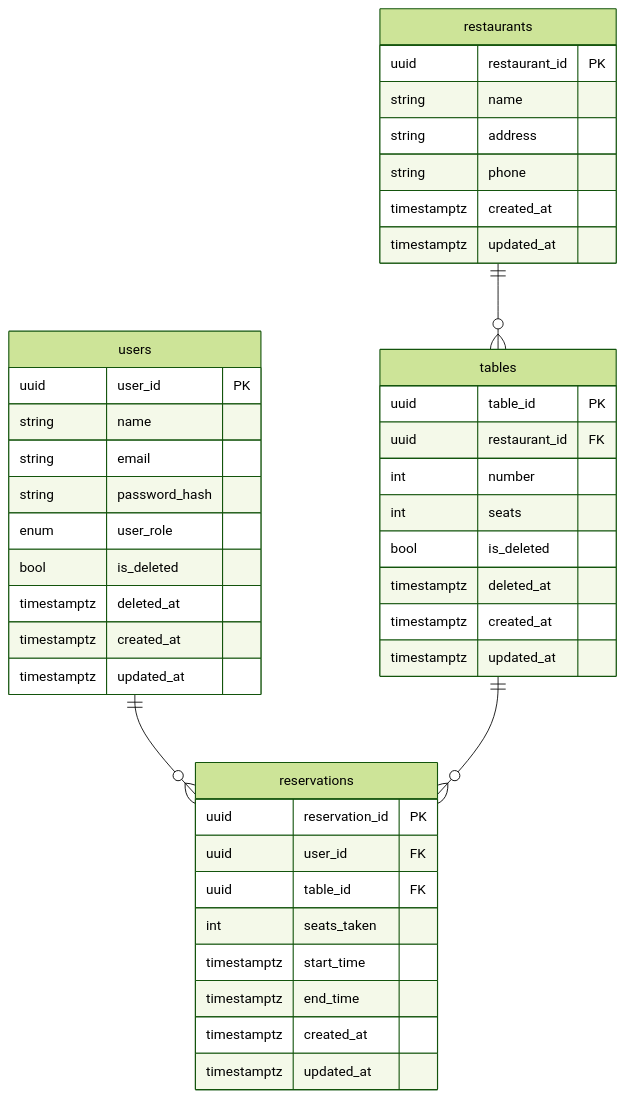
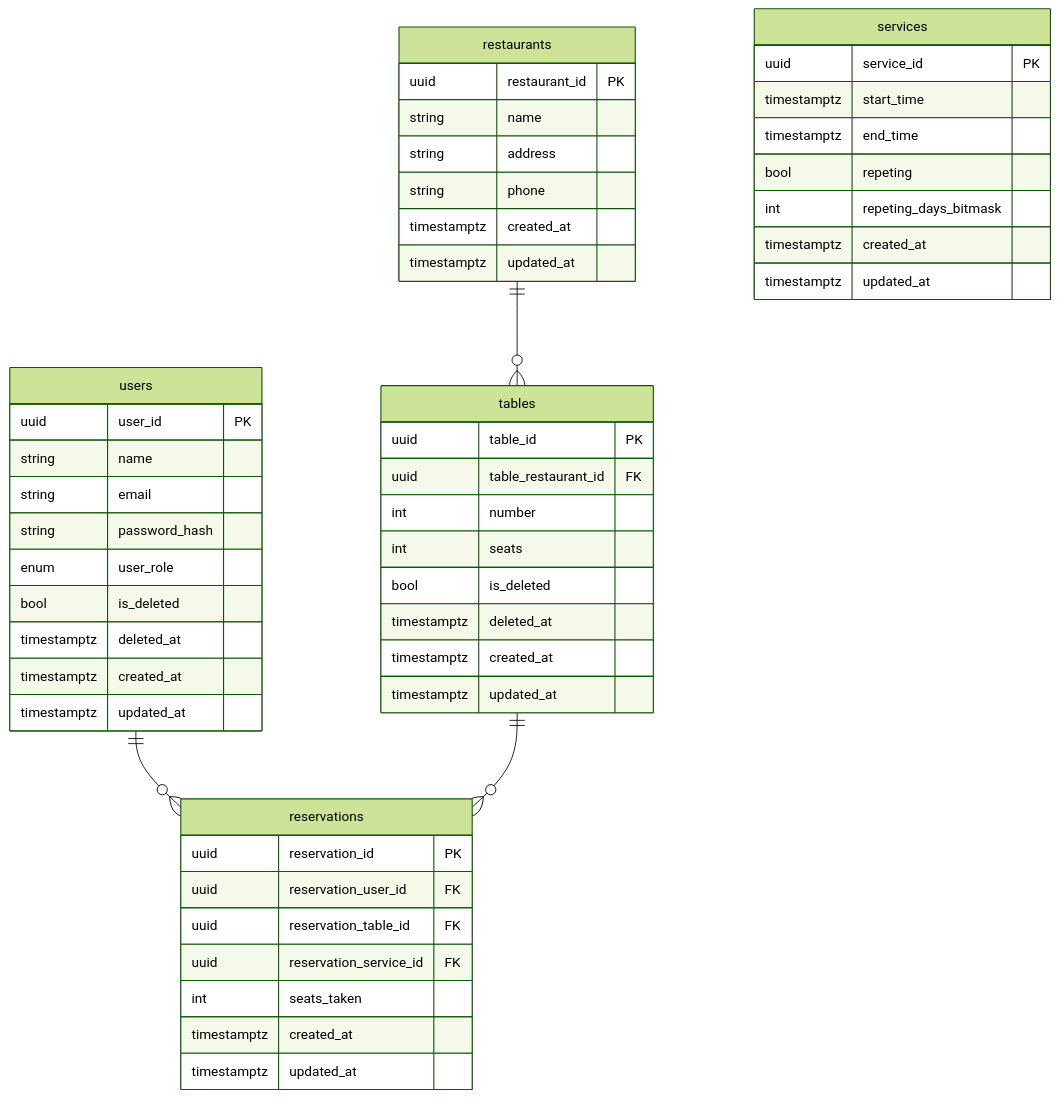
One commit to feywilddd/mean-table-scheduler changed the diagram in doc/er-diagram.md. Above: the diagram before and after it, drawn with Mermaid (forest theme). The commit also changed 1 other file, not shown here.

Commit message:
Ajout de la table service

````diff
--- a/doc/er-diagram.md
+++ b/doc/er-diagram.md
@@ -3,45 +3,55 @@
 ```mermaid
 erDiagram
     users {
         uuid user_id PK
         string name
         string email
         string password_hash
         enum user_role
         bool is_deleted
         timestamptz deleted_at
         timestamptz created_at
         timestamptz updated_at
     }
     restaurants {
         uuid restaurant_id PK
         string name
         string address
         string phone
         timestamptz created_at
         timestamptz updated_at
     }
     tables {
         uuid table_id PK
-        uuid restaurant_id FK
+        uuid table_restaurant_id FK
         int number
         int seats
         bool is_deleted
         timestamptz deleted_at
         timestamptz created_at
         timestamptz updated_at
     }
     reservations {
         uuid reservation_id PK
-        uuid user_id FK
-        uuid table_id FK
+        uuid reservation_user_id FK
+        uuid reservation_table_id FK
+        uuid reservation_service_id FK
         int seats_taken
-        timestamptz start_time
-        timestamptz end_time
         timestamptz created_at
         timestamptz updated_at
     }
+
+    services {
+        uuid service_id PK
+        timestamptz start_time
+        timestamptz end_time
+        bool repeting
+        int repeting_days_bitmask
+        timestamptz created_at
+        timestamptz updated_at
+    }
+
     users ||--o{ reservations : ""
     restaurants ||--o{ tables : ""
     tables ||--o{ reservations : ""
 ```
````
